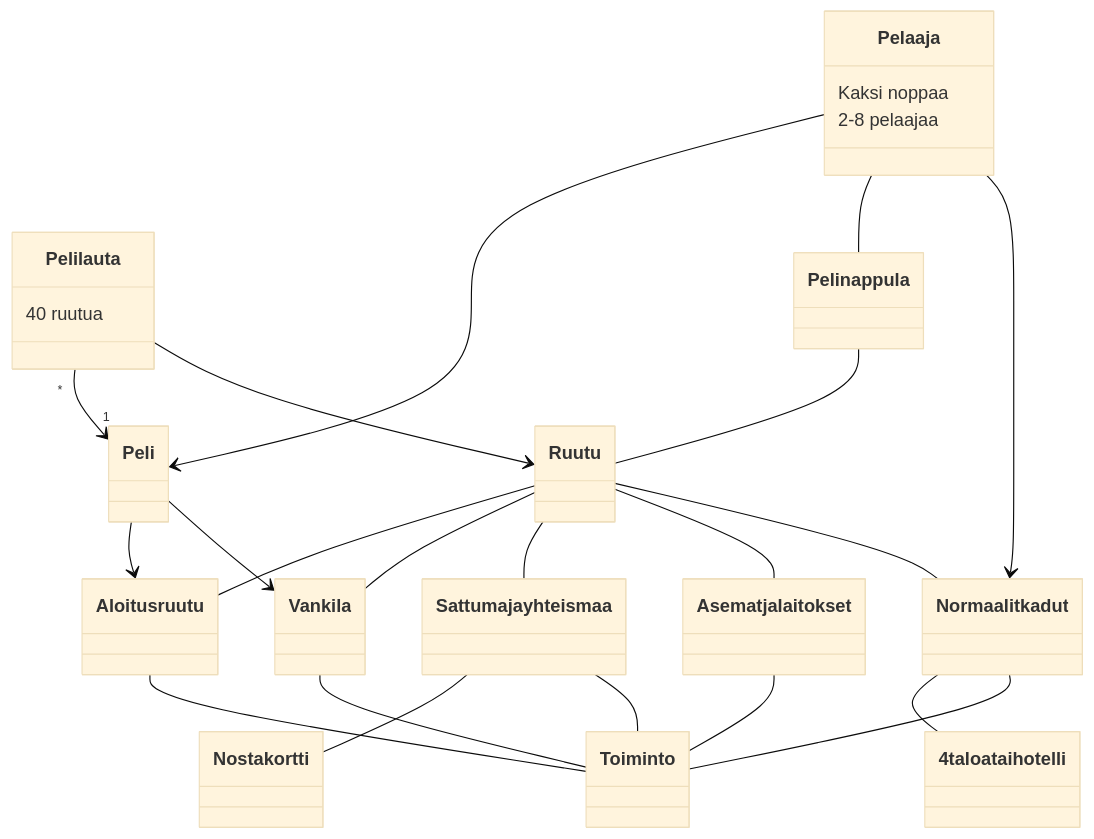
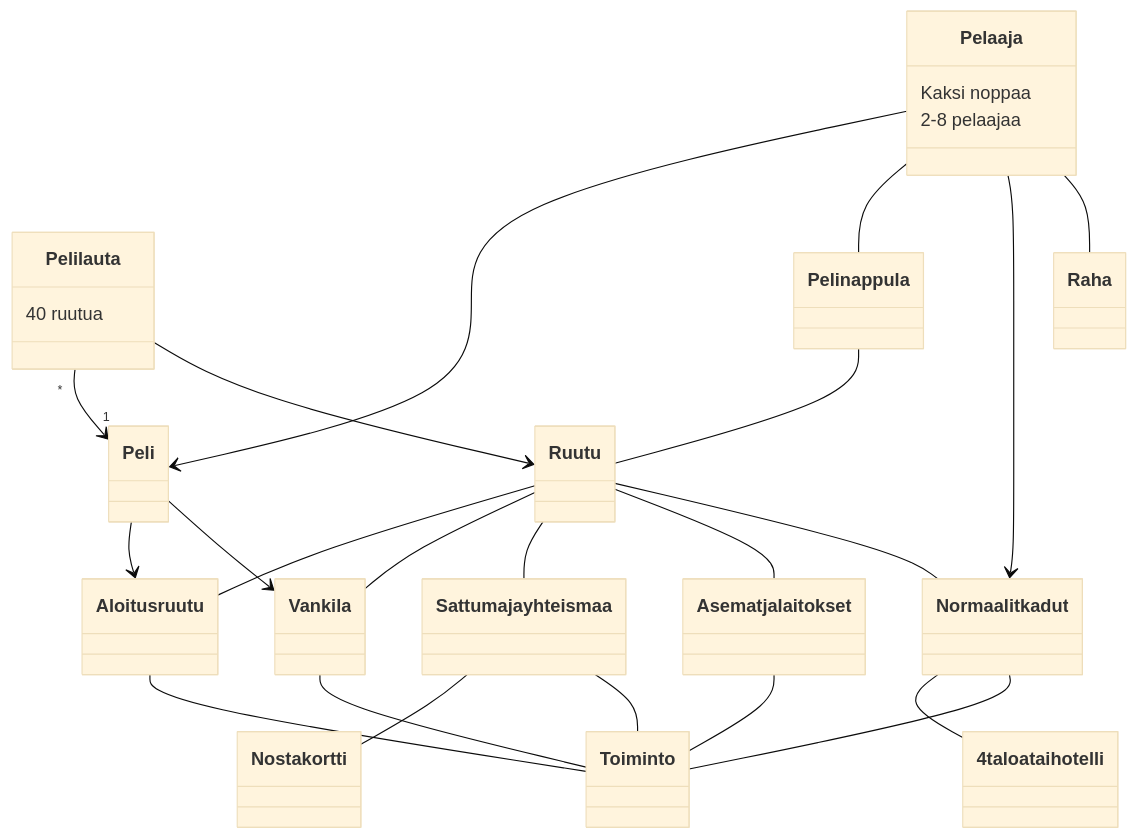
One commit to ellenra/jumping_game changed the diagram in laskarit/viikko3/monopoli_luokkakaavio.md. Above: the diagram before and after it, drawn with Mermaid (base theme).

````diff
--- a/laskarit/viikko3/monopoli_luokkakaavio.md
+++ b/laskarit/viikko3/monopoli_luokkakaavio.md
@@ -1,29 +1,30 @@
 ```mermaid
  classDiagram
       Pelilauta "*" --> "1" Peli
       Pelilauta : 40 ruutua
       Pelaaja --> Peli
       Pelaaja : Kaksi noppaa
       Pelaaja : 2-8 pelaajaa
       Pelaaja -- Pelinappula
       Pelinappula -- Ruutu
       Ruutu -- Aloitusruutu
       Ruutu -- Vankila
       Ruutu -- Sattuma ja yhteismaa
       Ruutu -- Asemat ja laitokset
       Ruutu -- Normaalit kadut
       Pelilauta --> Ruutu
       Pelaaja --> Normaalit kadut
       Normaalit kadut -- 4 taloa tai hotelli
       Normaalit kadut -- Toiminto
       Peli --> Aloitusruutu
       Peli --> Vankila
       Sattuma ja yhteismaa -- Nosta kortti
       Sattuma ja yhteismaa -- Toiminto
       Aloitusruutu -- Toiminto
       Vankila -- Toiminto
       Asemat ja laitokset -- Toiminto
+      Pelaaja -- Raha
       
       
      
 ```
````
